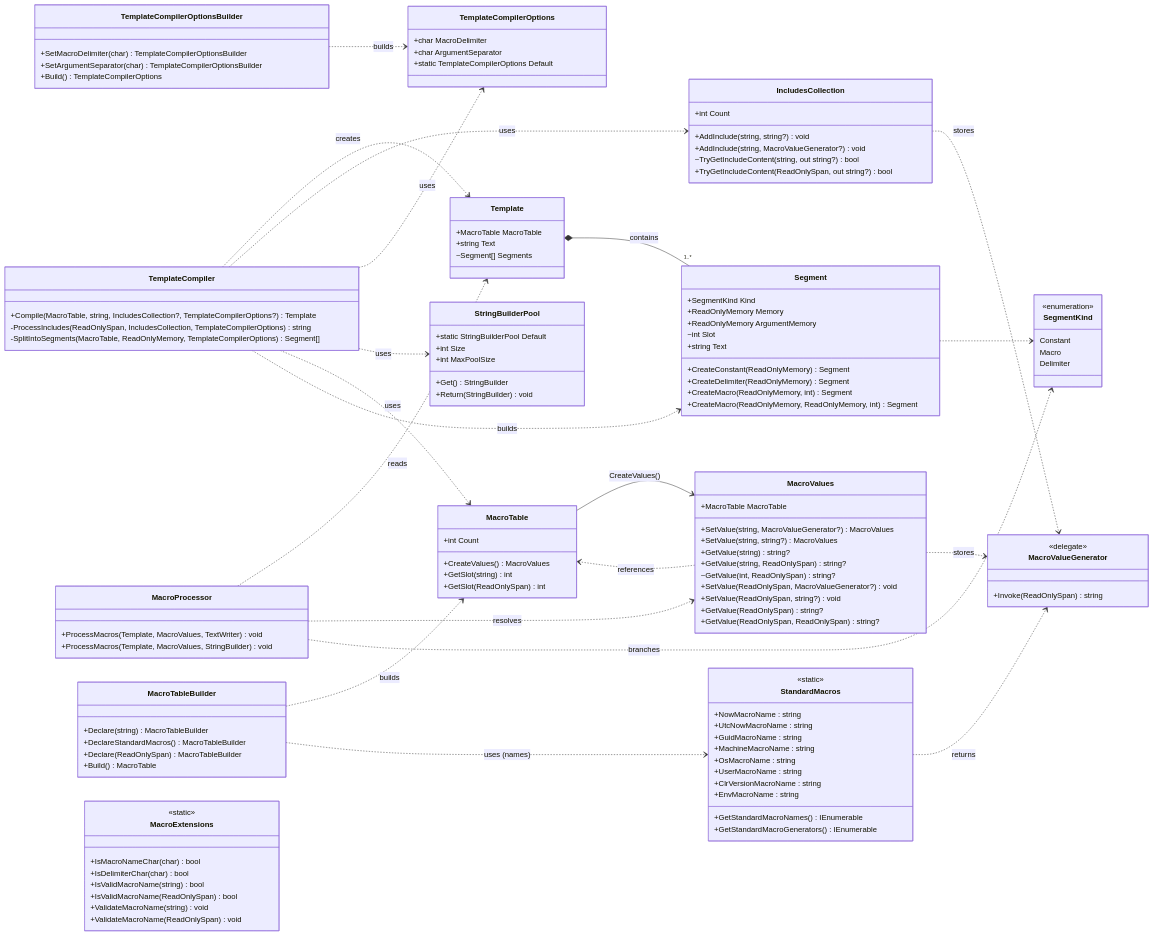
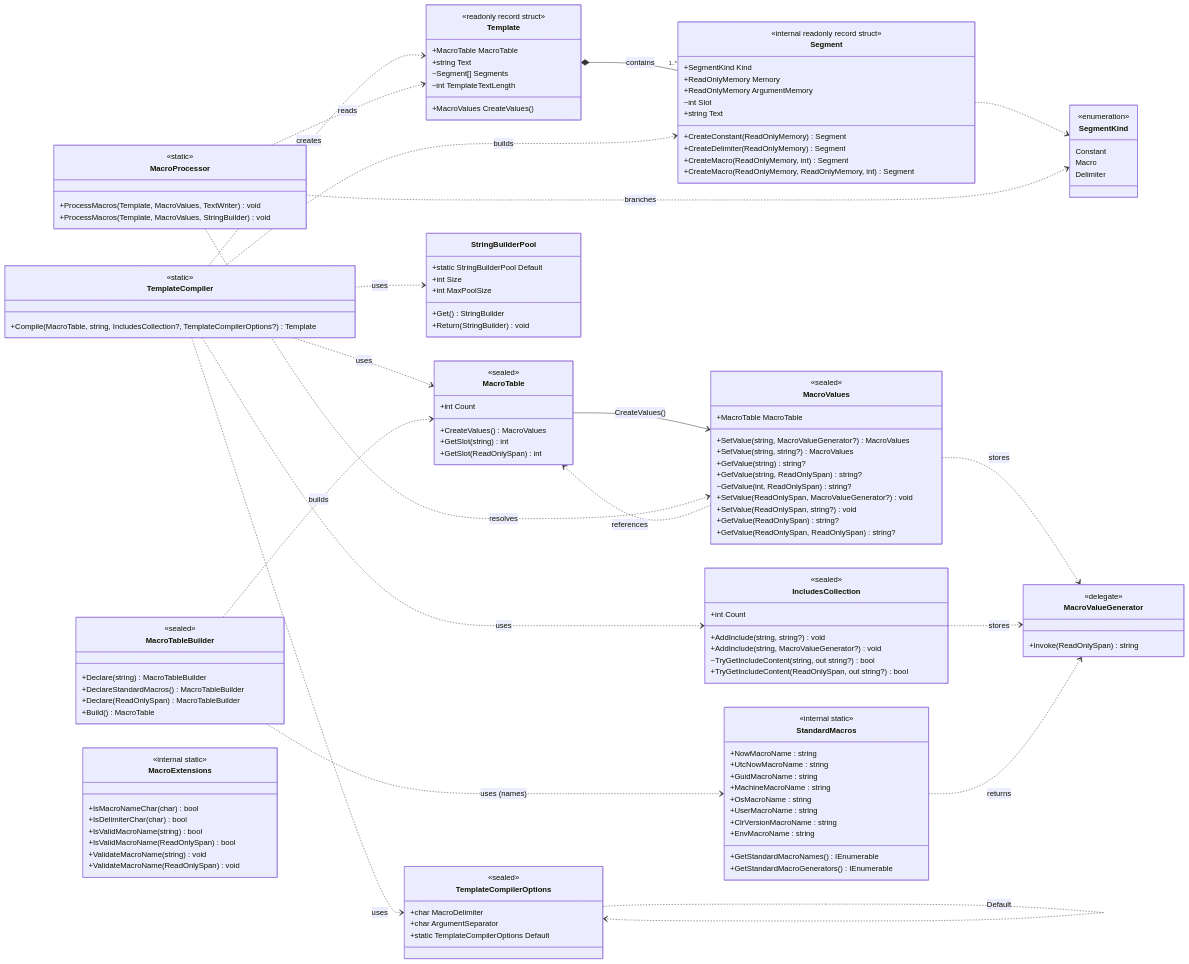
Before and after one commit to eddievelasquez/IntercodeToolbox: the first of 3 diagrams in Intercode.Toolbox.TemplateEngine/Documentation/Diagrams.md, drawn with Mermaid. The commit also changed other lines of this file, not shown here.

Commit message:
Updated diagrams to match the existing source code

````diff
--- a/Intercode.Toolbox.TemplateEngine/Documentation/Diagrams.md
+++ b/Intercode.Toolbox.TemplateEngine/Documentation/Diagrams.md
@@ -7,13 +6,18 @@
 classDiagram
   direction LR
 
+  %% Types
   class Template {
+    <<readonly record struct>>
     +MacroTable MacroTable
     +string Text
     ~Segment[] Segments
+    ~int TemplateTextLength
+    +MacroValues CreateValues()
   }
 
   class Segment {
+    <<internal readonly record struct>>
     +SegmentKind Kind
     +ReadOnlyMemory<char> Memory
     +ReadOnlyMemory<char> ArgumentMemory
@@ -33,12 +37,12 @@
   }
 
   class TemplateCompiler {
+    <<static>>
     +Compile(MacroTable, string, IncludesCollection?, TemplateCompilerOptions?) Template
-    -ProcessIncludes(ReadOnlySpan<char>, IncludesCollection, TemplateCompilerOptions) string
-    -SplitIntoSegments(MacroTable, ReadOnlyMemory<char>, TemplateCompilerOptions) Segment[]
   }
 
   class MacroTable {
+    <<sealed>>
     +int Count
     +CreateValues() MacroValues
     +GetSlot(string) int
@@ -46,6 +50,7 @@
   }
 
   class MacroTableBuilder {
+    <<sealed>>
     +Declare(string) MacroTableBuilder
     +DeclareStandardMacros() MacroTableBuilder
     +Declare(ReadOnlySpan<char>) MacroTableBuilder
@@ -53,6 +58,7 @@
   }
 
   class MacroValues {
+    <<sealed>>
     +MacroTable MacroTable
     +SetValue(string, MacroValueGenerator?) MacroValues
     +SetValue(string, string?) MacroValues
@@ -66,11 +72,13 @@
   }
 
   class MacroProcessor {
+    <<static>>
     +ProcessMacros(Template, MacroValues, TextWriter) void
     +ProcessMacros(Template, MacroValues, StringBuilder) void
   }
 
   class IncludesCollection {
+    <<sealed>>
     +int Count
     +AddInclude(string, string?) void
     +AddInclude(string, MacroValueGenerator?) void
@@ -79,19 +87,14 @@
   }
 
   class TemplateCompilerOptions {
+    <<sealed>>
     +char MacroDelimiter
     +char ArgumentSeparator
     +static TemplateCompilerOptions Default
   }
 
-  class TemplateCompilerOptionsBuilder {
-    +SetMacroDelimiter(char) TemplateCompilerOptionsBuilder
-    +SetArgumentSeparator(char) TemplateCompilerOptionsBuilder
-    +Build() TemplateCompilerOptions
-  }
-
   class MacroExtensions {
-    <<static>>
+    <<internal static>>
     +IsMacroNameChar(char) bool
     +IsDelimiterChar(char) bool
     +IsValidMacroName(string) bool
@@ -101,7 +104,7 @@
   }
 
   class StandardMacros {
-    <<static>>
+    <<internal static>>
     +NowMacroName : string
     +UtcNowMacroName : string
     +GuidMacroName : string
@@ -150,7 +153,7 @@
 
   IncludesCollection ..> MacroValueGenerator : stores
 
-  TemplateCompilerOptionsBuilder ..> TemplateCompilerOptions : builds
+  TemplateCompilerOptions ..> TemplateCompilerOptions : Default
 
   StandardMacros ..> MacroValueGenerator : returns
 ```
````
